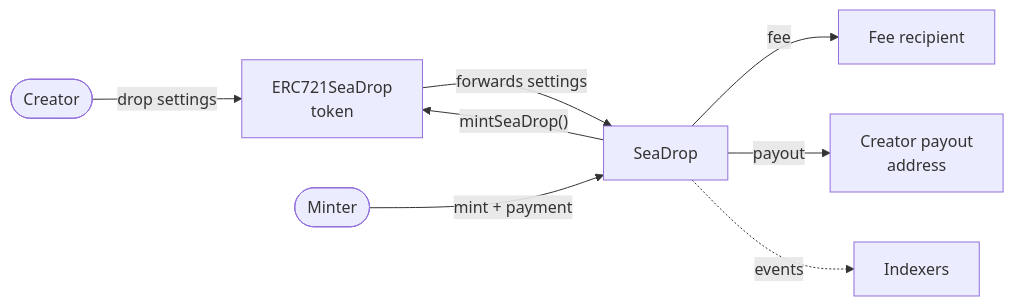
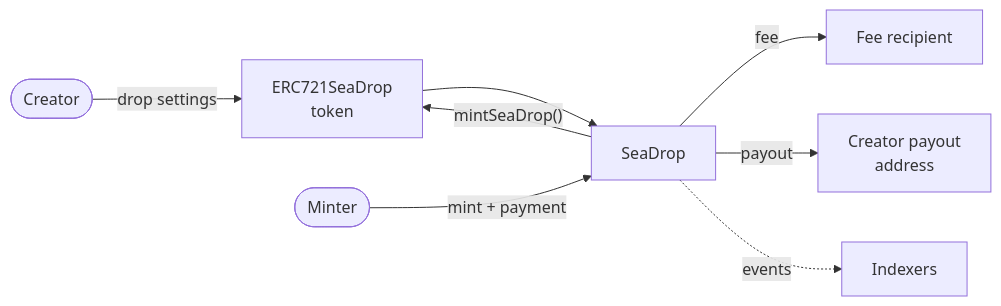
The diagram in README.md (ProjectOpenSea/seadrop), drawn with Mermaid before and after one commit.

Commit message:
Drop the overlapping diagram label

````diff
--- a/README.md
+++ b/README.md
@@ -42,10 +42,10 @@
 ```mermaid
 flowchart LR
     creator([Creator]) -->|"drop settings"| token["ERC721SeaDrop<br/>token"]
-    token -->|"forwards settings"| seadrop["SeaDrop"]
+    token --> seadrop["SeaDrop"]
     minter([Minter]) -->|"mint + payment"| seadrop
     seadrop -->|"mintSeaDrop()"| token
     seadrop -->|"fee"| fee["Fee recipient"]
     seadrop -->|"payout"| payout["Creator payout<br/>address"]
     seadrop -.->|"events"| indexer["Indexers"]
 ```
````
